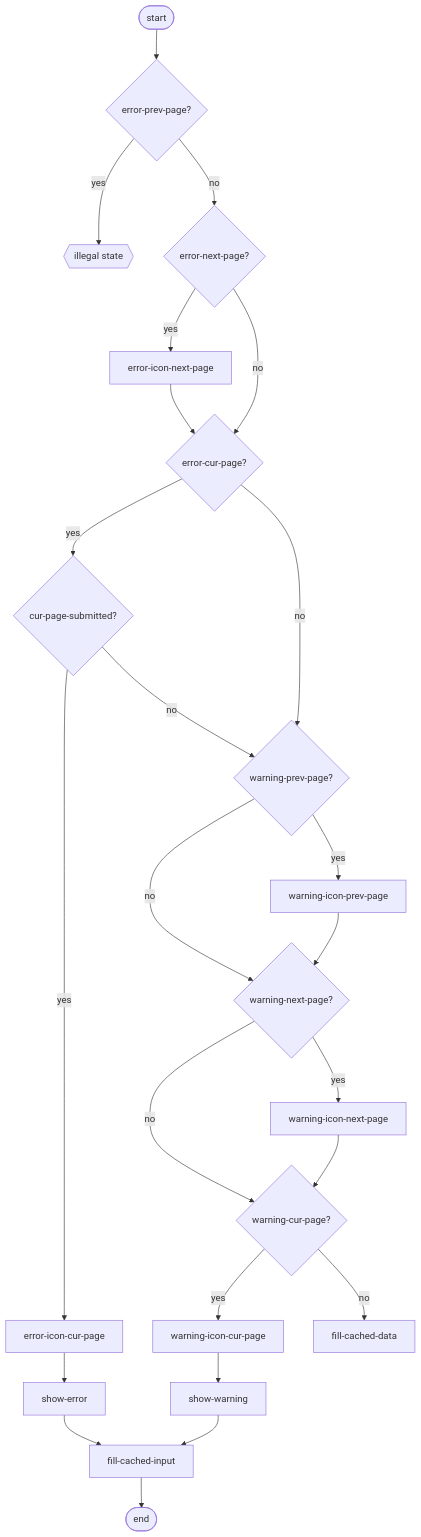
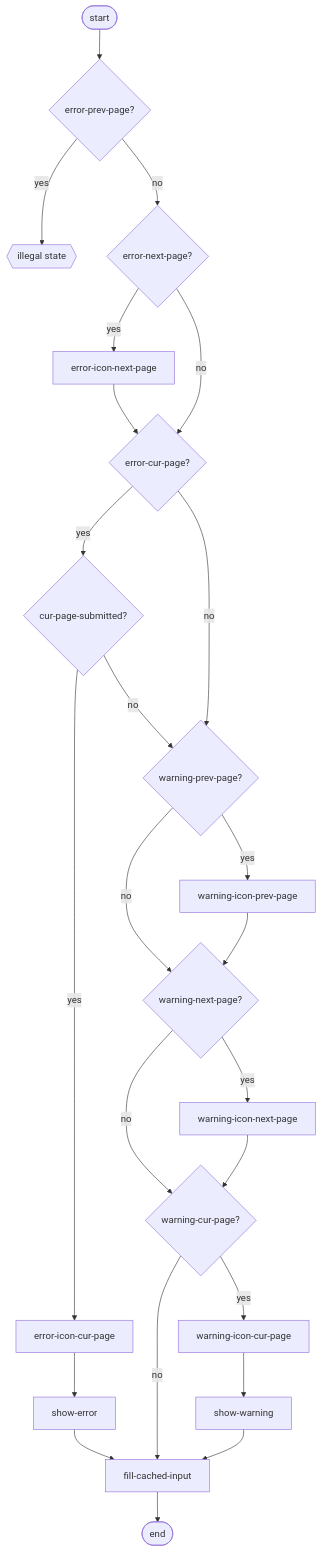
The first of 3 diagrams in documentatie/flowcharts/date-entry-navigation.md (kiesraad/abacus), drawn with Mermaid before and after one commit.

Commit message:
updates old name of node to new name

````diff
--- a/documentatie/flowcharts/date-entry-navigation.md
+++ b/documentatie/flowcharts/date-entry-navigation.md
@@ -12,64 +12,64 @@
 ```mermaid
 flowchart TD
 
     %% elements
     flow-start([start])
     flow-end([end])
     illegal-state{{illegal state}}
 
     show-error
     error-icon-next-page
     %% error-icon-prev-page is illegal state
     error-icon-cur-page
 
     show-warning
     warning-icon-next-page
     warning-icon-prev-page
     warning-icon-cur-page
 
     error-next-page{error-next-page?}
     error-prev-page{error-prev-page?}
     error-cur-page{error-cur-page?}
 
     warning-next-page{warning-next-page?}
     warning-prev-page{warning-prev-page?}
     warning-cur-page{warning-cur-page?}
 
     cur-page-submitted{cur-page-submitted?}
 
     fill-cached-input
 
     %% flow
     flow-start --> error-prev-page
 
     error-prev-page -- yes --> illegal-state
     error-prev-page -- no --> error-next-page
 
     error-next-page -- yes --> error-icon-next-page
     error-icon-next-page --> error-cur-page
     error-next-page -- no --> error-cur-page
 
     error-cur-page -- yes --> cur-page-submitted
     cur-page-submitted -- yes --> error-icon-cur-page
     error-icon-cur-page --> show-error
     cur-page-submitted -- no --> warning-prev-page
     error-cur-page -- no --> warning-prev-page
 
     warning-prev-page -- no --> warning-next-page
     warning-prev-page -- yes --> warning-icon-prev-page
     warning-icon-prev-page --> warning-next-page
 
     warning-next-page -- no --> warning-cur-page
     warning-next-page -- yes --> warning-icon-next-page
     warning-icon-next-page --> warning-cur-page
 
-    warning-cur-page -- no --> fill-cached-data
+    warning-cur-page -- no --> fill-cached-input
     warning-cur-page -- yes --> warning-icon-cur-page
     warning-icon-cur-page --> show-warning
 
     show-error --> fill-cached-input
     show-warning --> fill-cached-input
 
     fill-cached-input --> flow-end
 
 ```
````
